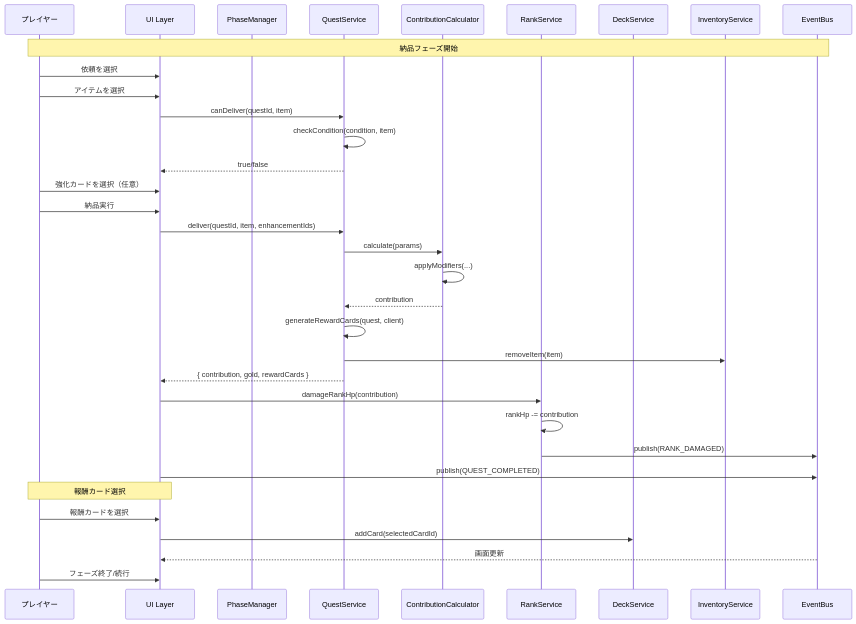
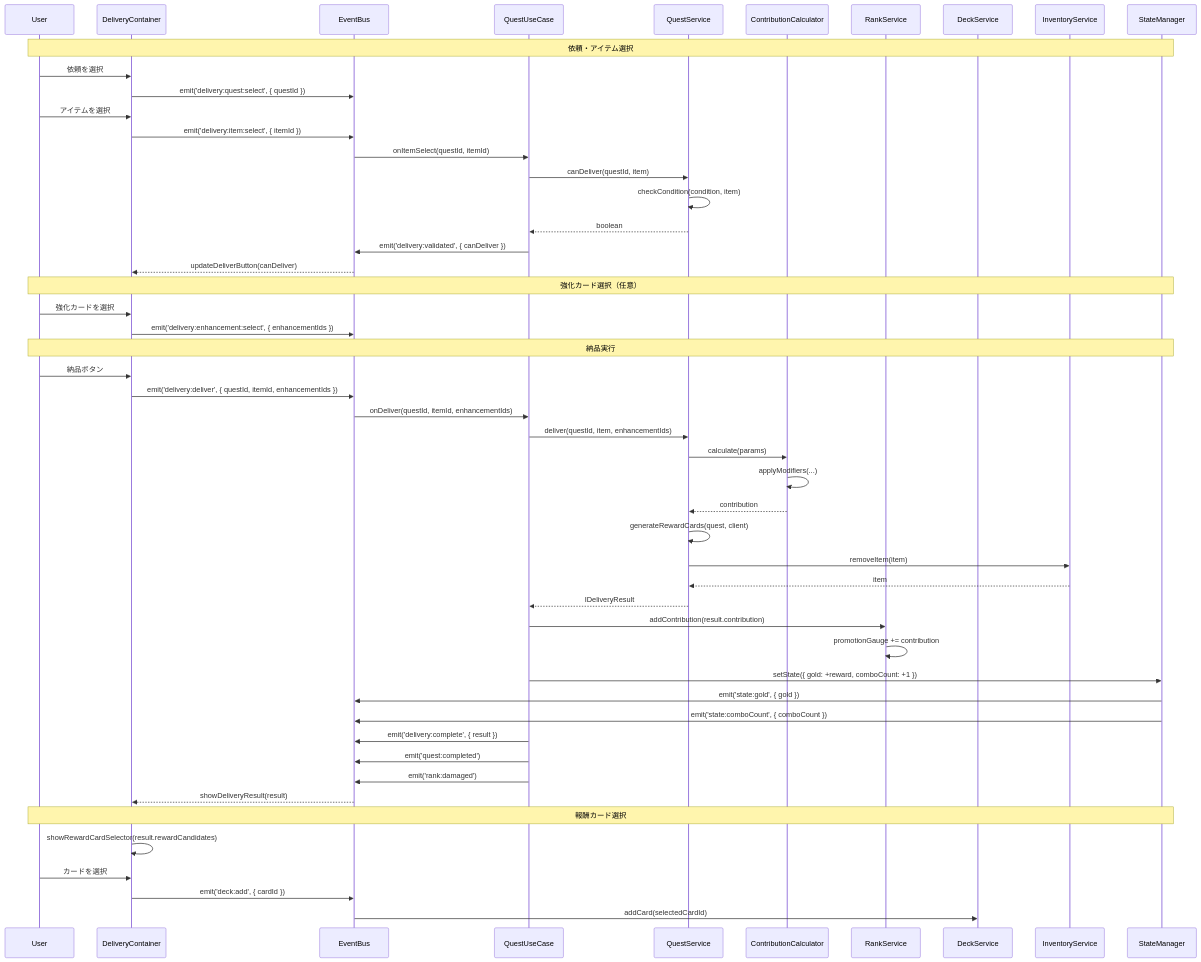
Before and after one commit to yaguma/atelier: the eighth of 32 diagrams in docs/design/atelier-guild-rank/dataflow.md, drawn with Mermaid. The commit also changed other lines of this file and 7 other files, not shown here.

````diff
--- a/docs/design/atelier-guild-rank/dataflow.md
+++ b/docs/design/atelier-guild-rank/dataflow.md
@@ -223,50 +345,67 @@
 ```mermaid
 sequenceDiagram
-    participant Player as プレイヤー
-    participant UI as UI Layer
-    participant PM as PhaseManager
+    participant U as User
+    participant DC as DeliveryContainer
+    participant EB as EventBus
+    participant QUC as QuestUseCase
     participant QS as QuestService
     participant CC as ContributionCalculator
     participant RS as RankService
     participant DS as DeckService
     participant IS as InventoryService
-    participant EB as EventBus
+    participant SM as StateManager
 
-    Note over Player,EB: 納品フェーズ開始
+    Note over U,SM: 依頼・アイテム選択
+    U->>DC: 依頼を選択
+    DC->>EB: emit('delivery:quest:select', { questId })
 
-    Player->>UI: 依頼を選択
-    Player->>UI: アイテムを選択
+    U->>DC: アイテムを選択
+    DC->>EB: emit('delivery:item:select', { itemId })
 
-    UI->>QS: canDeliver(questId, item)
+    EB->>QUC: onItemSelect(questId, itemId)
+    QUC->>QS: canDeliver(questId, item)
     QS->>QS: checkCondition(condition, item)
-    QS-->>UI: true/false
+    QS-->>QUC: boolean
 
-    Player->>UI: 強化カードを選択（任意）
-    Player->>UI: 納品実行
+    QUC->>EB: emit('delivery:validated', { canDeliver })
+    EB-->>DC: updateDeliverButton(canDeliver)
 
-    UI->>QS: deliver(questId, item, enhancementIds)
+    Note over U,SM: 強化カード選択（任意）
+    U->>DC: 強化カードを選択
+    DC->>EB: emit('delivery:enhancement:select', { enhancementIds })
+
+    Note over U,SM: 納品実行
+    U->>DC: 納品ボタン
+    DC->>EB: emit('delivery:deliver', { questId, itemId, enhancementIds })
+
+    EB->>QUC: onDeliver(questId, itemId, enhancementIds)
+    QUC->>QS: deliver(questId, item, enhancementIds)
 
     QS->>CC: calculate(params)
     CC->>CC: applyModifiers(...)
     CC-->>QS: contribution
 
     QS->>QS: generateRewardCards(quest, client)
     QS->>IS: removeItem(item)
+    IS-->>QS: item
 
-    QS-->>UI: { contribution, gold, rewardCards }
+    QS-->>QUC: IDeliveryResult
 
-    UI->>RS: damageRankHp(contribution)
-    RS->>RS: rankHp -= contribution
-    RS->>EB: publish(RANK_DAMAGED)
+    QUC->>RS: addContribution(result.contribution)
+    RS->>RS: promotionGauge += contribution
 
-    UI->>EB: publish(QUEST_COMPLETED)
+    QUC->>SM: setState({ gold: +reward, comboCount: +1 })
+    SM->>EB: emit('state:gold', { gold })
+    SM->>EB: emit('state:comboCount', { comboCount })
 
-    Note over Player,UI: 報酬カード選択
+    QUC->>EB: emit('delivery:complete', { result })
+    QUC->>EB: emit('quest:completed')
+    QUC->>EB: emit('rank:damaged')
+    EB-->>DC: showDeliveryResult(result)
 
-    Player->>UI: 報酬カードを選択
-    UI->>DS: addCard(selectedCardId)
-
-    EB-->>UI: 画面更新
-
-    Player->>UI: フェーズ終了/続行
+    Note over U,SM: 報酬カード選択
+    DC->>DC: showRewardCardSelector(result.rewardCandidates)
+    U->>DC: カードを選択
+    DC->>EB: emit('deck:add', { cardId })
+    EB->>DS: addCard(selectedCardId)
 ```
````
